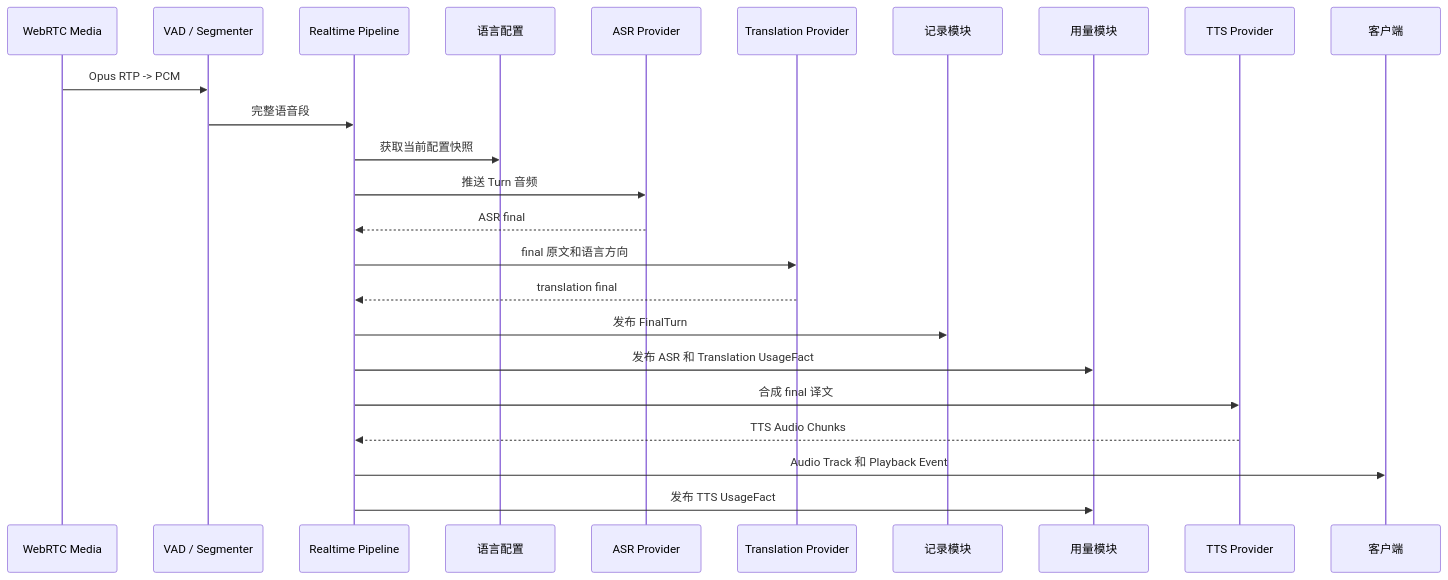
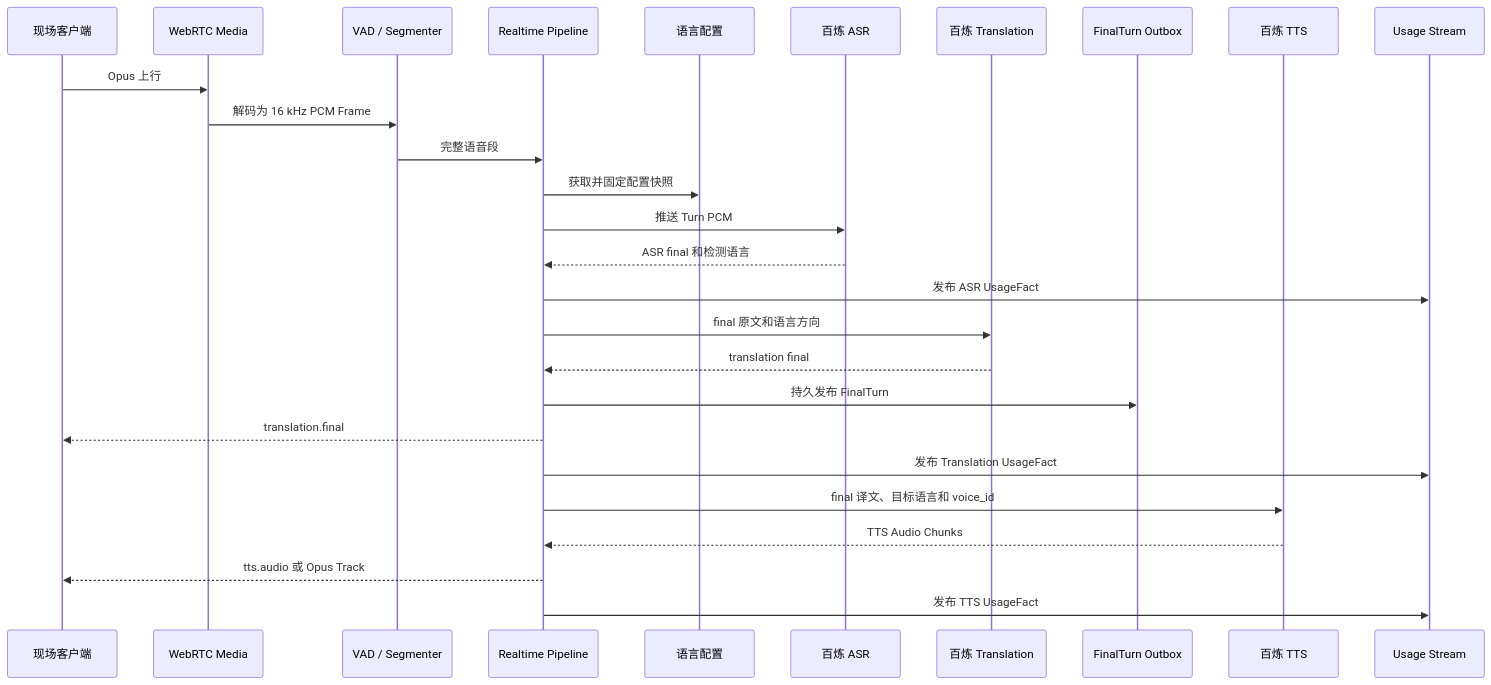
Before and after one commit to 1024XEngineer/xe6-tsy: the sixth of 15 diagrams in docs/LINGOW_DETAILED_MODULE_DESIGN.md, drawn with Mermaid. The commit also changed other lines of this file, not shown here.

````diff
--- a/docs/LINGOW_DETAILED_MODULE_DESIGN.md
+++ b/docs/LINGOW_DETAILED_MODULE_DESIGN.md
@@ -384,26 +504,29 @@
 ```mermaid
 sequenceDiagram
+    participant Client as 现场客户端
     participant Media as WebRTC Media
     participant VAD as VAD / Segmenter
     participant Pipe as Realtime Pipeline
     participant Lang as 语言配置
-    participant ASR as ASR Provider
-    participant Trans as Translation Provider
-    participant Record as 记录模块
-    participant Usage as 用量模块
-    participant TTS as TTS Provider
-    participant Client as 客户端
-    Media->>VAD: Opus RTP -> PCM
+    participant ASR as 百炼 ASR
+    participant Trans as 百炼 Translation
+    participant Outbox as FinalTurn Outbox
+    participant TTS as 百炼 TTS
+    participant Usage as Usage Stream
+    Client->>Media: Opus 上行
+    Media->>VAD: 解码为 16 kHz PCM Frame
     VAD->>Pipe: 完整语音段
-    Pipe->>Lang: 获取当前配置快照
-    Pipe->>ASR: 推送 Turn 音频
-    ASR-->>Pipe: ASR final
+    Pipe->>Lang: 获取并固定配置快照
+    Pipe->>ASR: 推送 Turn PCM
+    ASR-->>Pipe: ASR final 和检测语言
+    Pipe->>Usage: 发布 ASR UsageFact
     Pipe->>Trans: final 原文和语言方向
     Trans-->>Pipe: translation final
-    Pipe->>Record: 发布 FinalTurn
-    Pipe->>Usage: 发布 ASR 和 Translation UsageFact
-    Pipe->>TTS: 合成 final 译文
+    Pipe->>Outbox: 持久发布 FinalTurn
+    Pipe-->>Client: translation.final
+    Pipe->>Usage: 发布 Translation UsageFact
+    Pipe->>TTS: final 译文、目标语言和 voice_id
     TTS-->>Pipe: TTS Audio Chunks
-    Pipe->>Client: Audio Track 和 Playback Event
+    Pipe-->>Client: tts.audio 或 Opus Track
     Pipe->>Usage: 发布 TTS UsageFact
 ```
````
